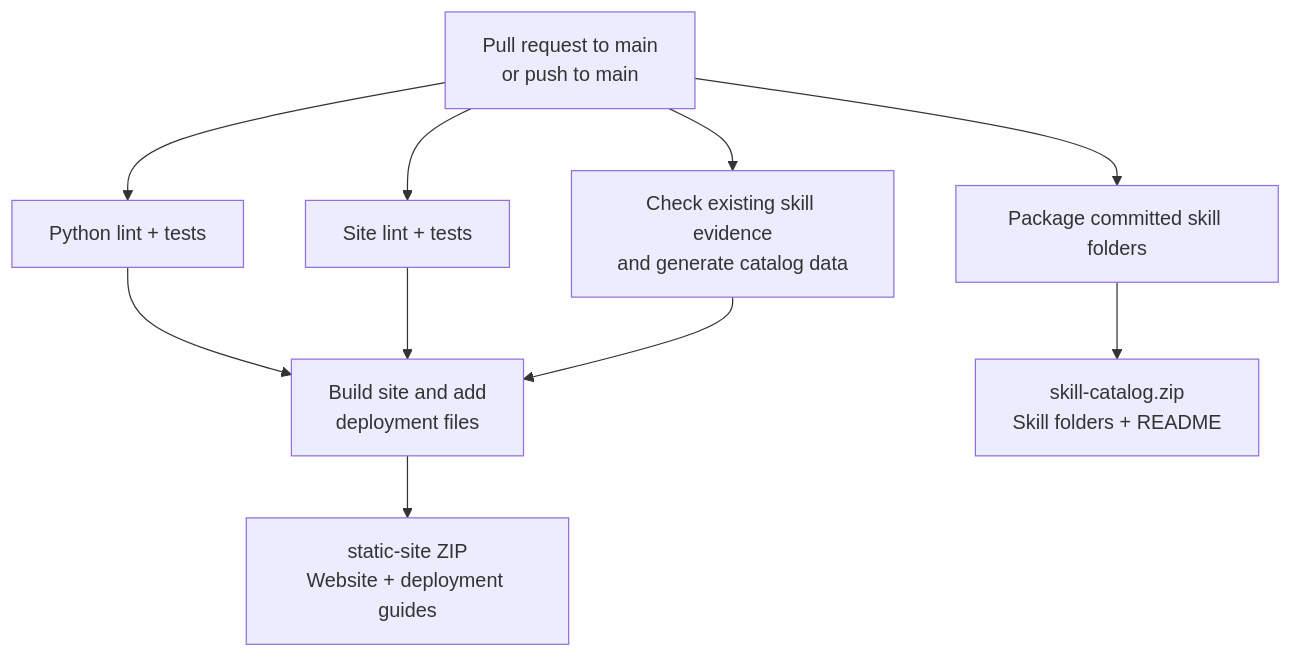
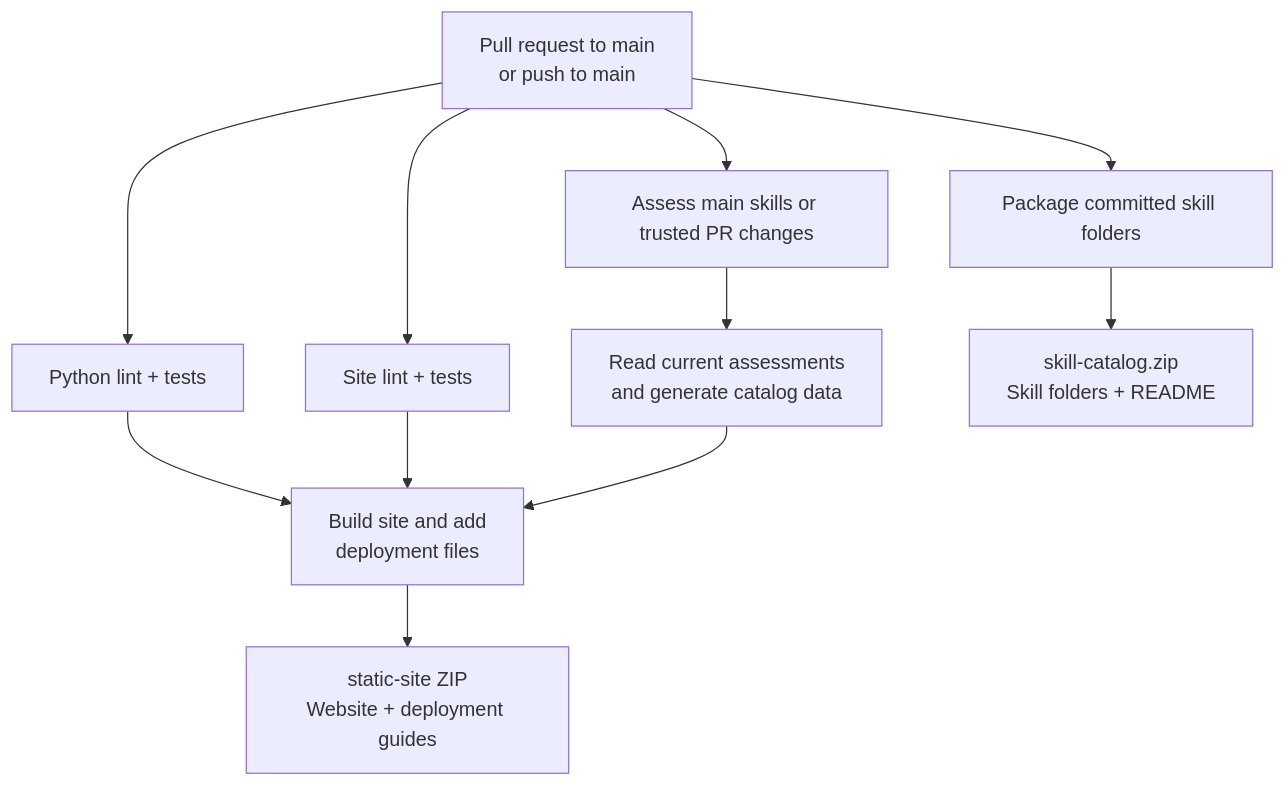
Before and after one commit to Code-dot-mil/SkLC: the first of 2 diagrams in CI.md, drawn with Mermaid. The commit also changed other lines of this file and 196 other files, not shown here.

First line of the commit message:
refactor(catalog): build flat skills from current adjudicated evidence

````diff
--- a/CI.md
+++ b/CI.md
@@ -15,13 +15,14 @@
 ```mermaid
 flowchart TD
     A["Pull request to main<br/>or push to main"]
     A --> P["Python lint + tests"]
     A --> S["Site lint + tests"]
-    A --> E["Check existing skill evidence<br/>and generate catalog data"]
+    A --> Q["Assess main skills or trusted PR changes"]
+    Q --> E["Read current assessments<br/>and generate catalog data"]
     A --> C["Package committed skill folders"]
     P --> B["Build site and add<br/>deployment files"]
     S --> B
     E --> B
     B --> W["static-site ZIP<br/>Website + deployment guides"]
     C --> Z["skill-catalog.zip<br/>Skill folders + README"]
 ```
````
